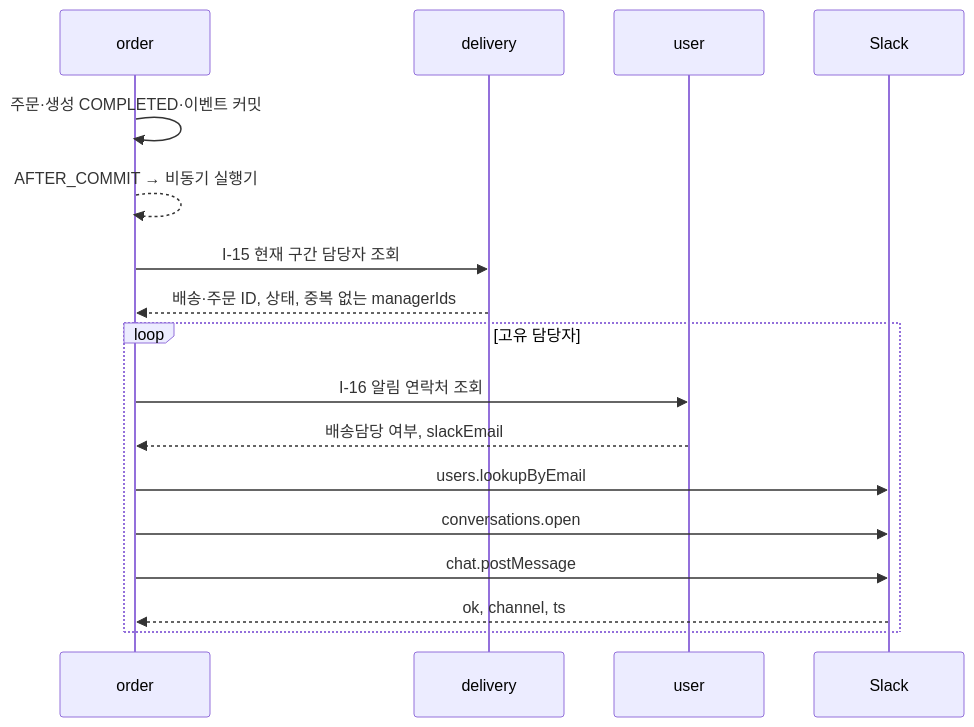
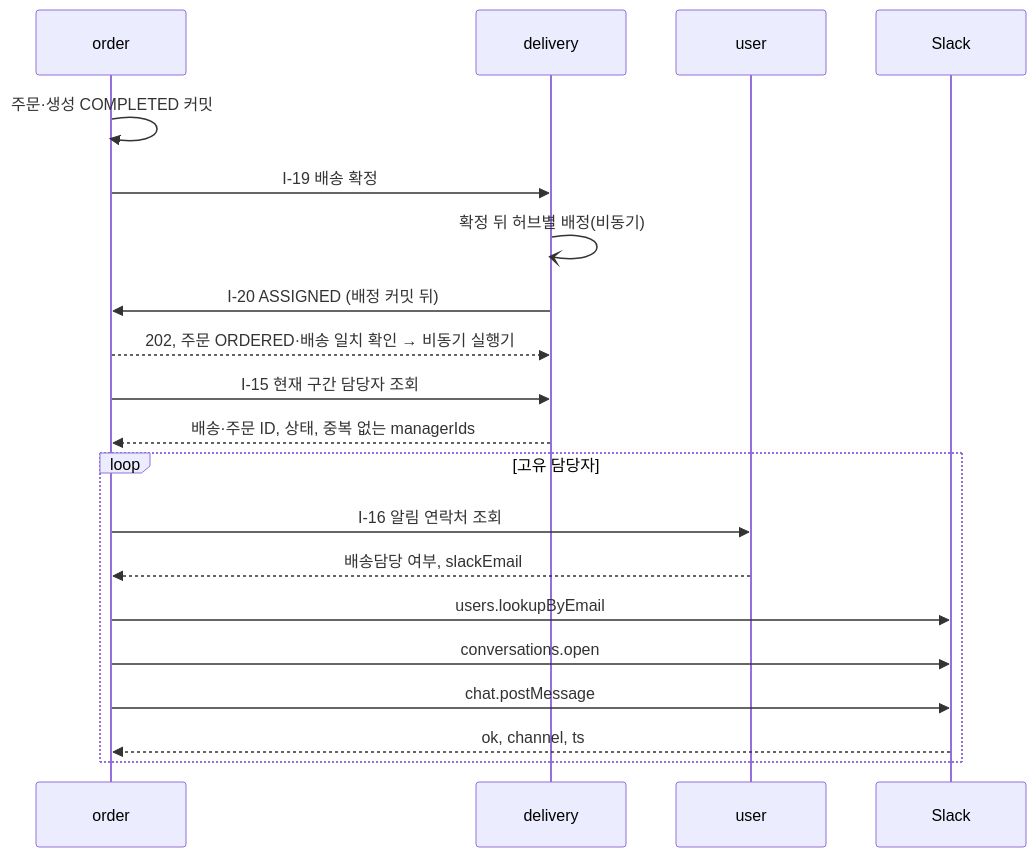
Before and after one commit to logistics-group3/logistics-management: the diagram in docs/guides/slack-dm.md, drawn with Mermaid. The commit also changed other lines of this file and 7 other files, not shown here.

````diff
--- a/docs/guides/slack-dm.md
+++ b/docs/guides/slack-dm.md
@@ -51,19 +52,22 @@
 ```mermaid
 sequenceDiagram
     participant O as order
     participant D as delivery
     participant U as user
     participant S as Slack
-    O->>O: 주문·생성 COMPLETED·이벤트 커밋
-    O-->>O: AFTER_COMMIT → 비동기 실행기
+    O->>O: 주문·생성 COMPLETED 커밋
+    O->>D: I-19 배송 확정
+    D-)D: 확정 뒤 허브별 배정(비동기)
+    D->>O: I-20 ASSIGNED (배정 커밋 뒤)
+    O-->>D: 202, 주문 ORDERED·배송 일치 확인 → 비동기 실행기
     O->>D: I-15 현재 구간 담당자 조회
     D-->>O: 배송·주문 ID, 상태, 중복 없는 managerIds
     loop 고유 담당자
         O->>U: I-16 알림 연락처 조회
         U-->>O: 배송담당 여부, slackEmail
         O->>S: users.lookupByEmail
         O->>S: conversations.open
         O->>S: chat.postMessage
         S-->>O: ok, channel, ts
     end
 ```
````
